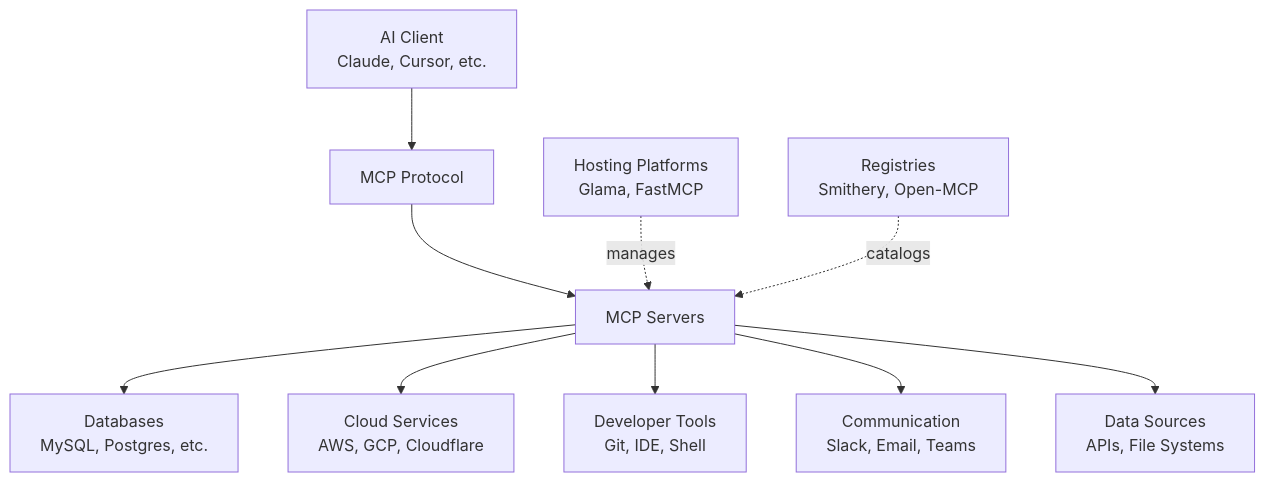
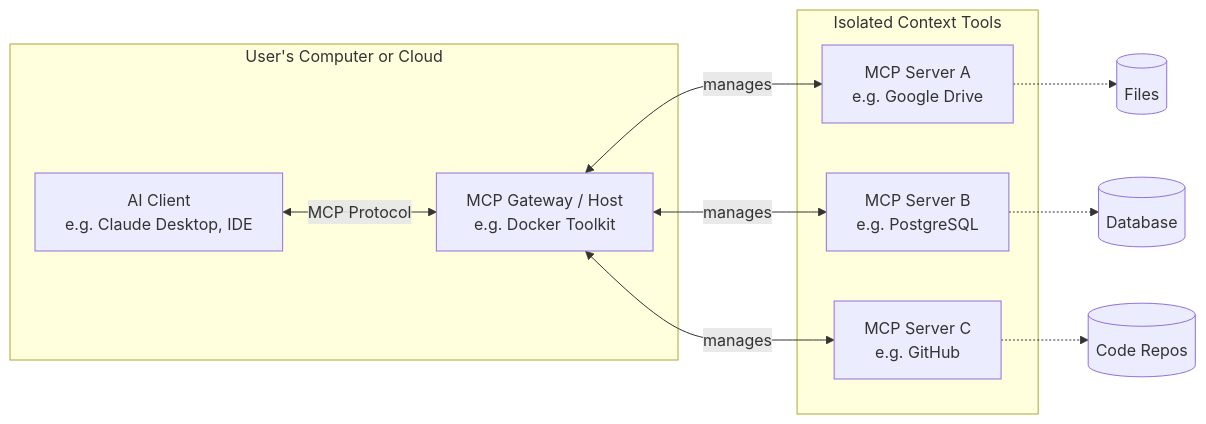
The fifth of 5 diagrams in tools-workflows/README.md (fundacionctic/ai-coding-tools-course), drawn with Mermaid before and after one commit. The commit also changed other lines of this file, not shown here.

Commit message:
📝 Update MCP section in tools-workflows README with simplified content and improved architecture diagram

````diff
--- a/tools-workflows/README.md
+++ b/tools-workflows/README.md
@@ -285,12 +266,16 @@
 ```mermaid
-graph TD
-    A[AI Client<br>Claude, Cursor, etc.] --> B[MCP Protocol]
-    B --> C[MCP Servers]
-    C --> D[Databases<br>MySQL, Postgres, etc.]
-    C --> E[Cloud Services<br>AWS, GCP, Cloudflare]
-    C --> F[Developer Tools<br>Git, IDE, Shell]
-    C --> G[Communication<br>Slack, Email, Teams]
-    C --> H[Data Sources<br>APIs, File Systems]
-    I[Hosting Platforms<br>Glama, FastMCP] -.manages.-> C
-    J[Registries<br>Smithery, Open-MCP] -.catalogs.-> C
+graph LR
+    subgraph "User's Computer or Cloud"
+        A[AI Client <br> e.g. Claude Desktop, IDE] <-->|MCP Protocol| B[MCP Gateway / Host <br> e.g. Docker Toolkit]
+    end
+    
+    subgraph "Isolated Context Tools"
+        B <-->|manages| C[MCP Server A <br> e.g. Google Drive]
+        B <-->|manages| D[MCP Server B <br> e.g. PostgreSQL]
+        B <-->|manages| E[MCP Server C <br> e.g. GitHub]
+    end
+
+    C -.-> F[(Files)]
+    D -.-> G[(Database)]
+    E -.-> H[(Code Repos)]
 ```
````
